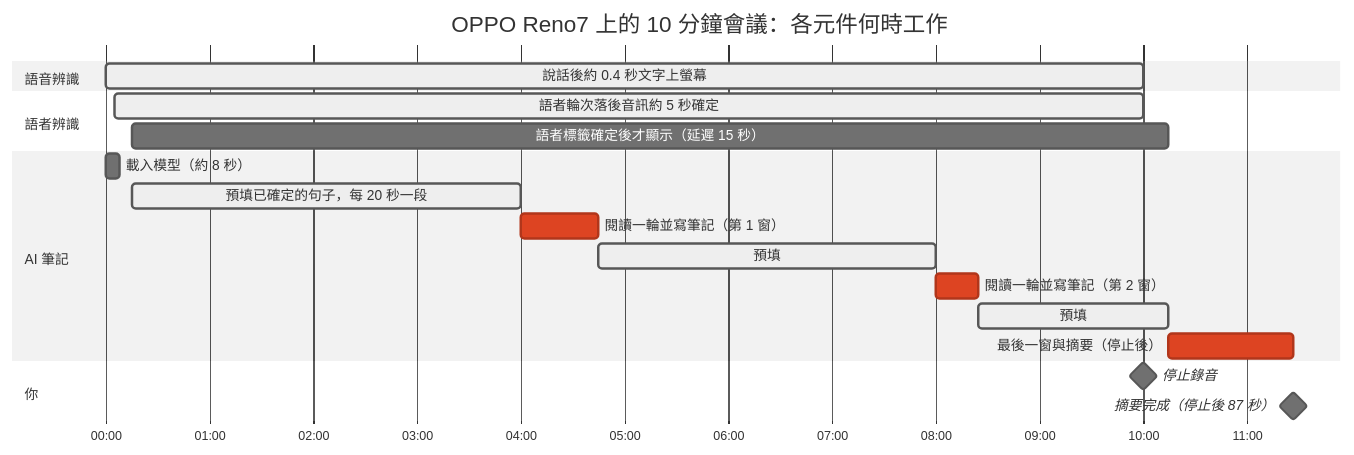
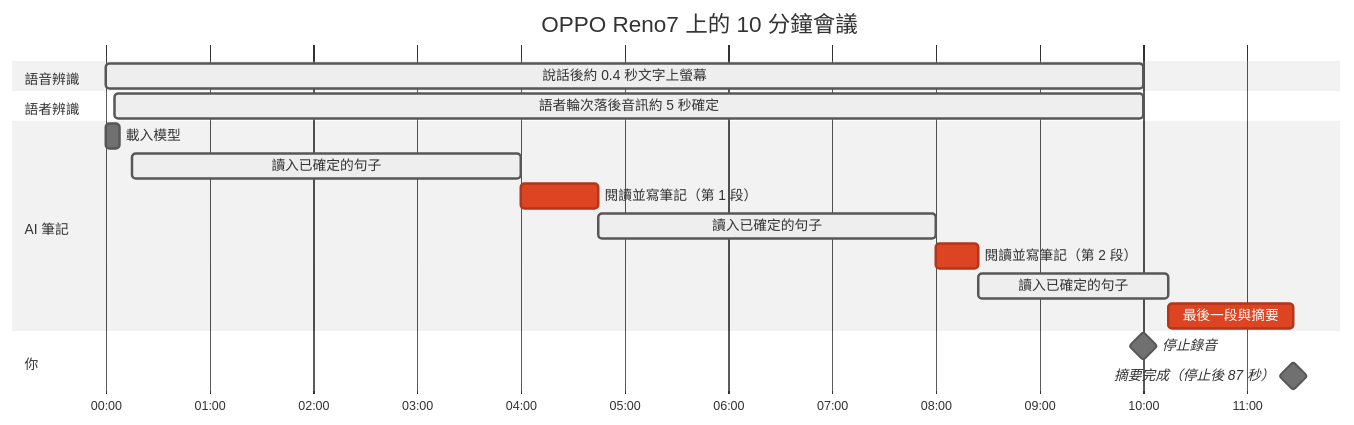
One commit to vieenrose/VoxSum changed the diagram in README.md. Above: the diagram before and after it, drawn with Mermaid (neutral theme). The commit also changed other lines of this file, not shown here.

First line of the commit message:
docs: cleaner README — screenshots in one gallery row, usage as short paragraphs, the timeline and extra screens folded away

````diff
--- a/README.md
+++ b/README.md
@@ -111,22 +92,21 @@
 ```mermaid
 gantt
-    title OPPO Reno7 上的 10 分鐘會議：各元件何時工作
+    title OPPO Reno7 上的 10 分鐘會議
     dateFormat mm:ss
     axisFormat %M:%S
     section 語音辨識
     說話後約 0.4 秒文字上螢幕                :active, a1, 00:00, 10:00
     section 語者辨識
     語者輪次落後音訊約 5 秒確定              :active, d1, 00:05, 10:00
-    語者標籤確定後才顯示（延遲 15 秒）        :d2, 00:15, 10:15
     section AI 筆記
-    載入模型（約 8 秒）                      :g0, 00:00, 00:08
-    預填已確定的句子，每 20 秒一段            :active, g1, 00:15, 04:00
-    閱讀一輪並寫筆記（第 1 窗）               :crit, g2, 04:00, 04:45
-    預填                                    :active, g3, 04:45, 08:00
-    閱讀一輪並寫筆記（第 2 窗）               :crit, g4, 08:00, 08:25
-    預填                                    :active, g5, 08:25, 10:15
-    最後一窗與摘要（停止後）                  :crit, g6, 10:15, 11:27
+    載入模型                                :g0, 00:00, 00:08
+    讀入已確定的句子                         :active, g1, 00:15, 04:00
+    閱讀並寫筆記（第 1 段）                   :crit, g2, 04:00, 04:45
+    讀入已確定的句子                         :active, g3, 04:45, 08:00
+    閱讀並寫筆記（第 2 段）                   :crit, g4, 08:00, 08:25
+    讀入已確定的句子                         :active, g5, 08:25, 10:15
+    最後一段與摘要                           :crit, g6, 10:15, 11:27
     section 你
     停止錄音                                :milestone, m1, 10:00, 0s
     摘要完成（停止後 87 秒）                  :milestone, m2, 11:27, 0s
 ```
````
